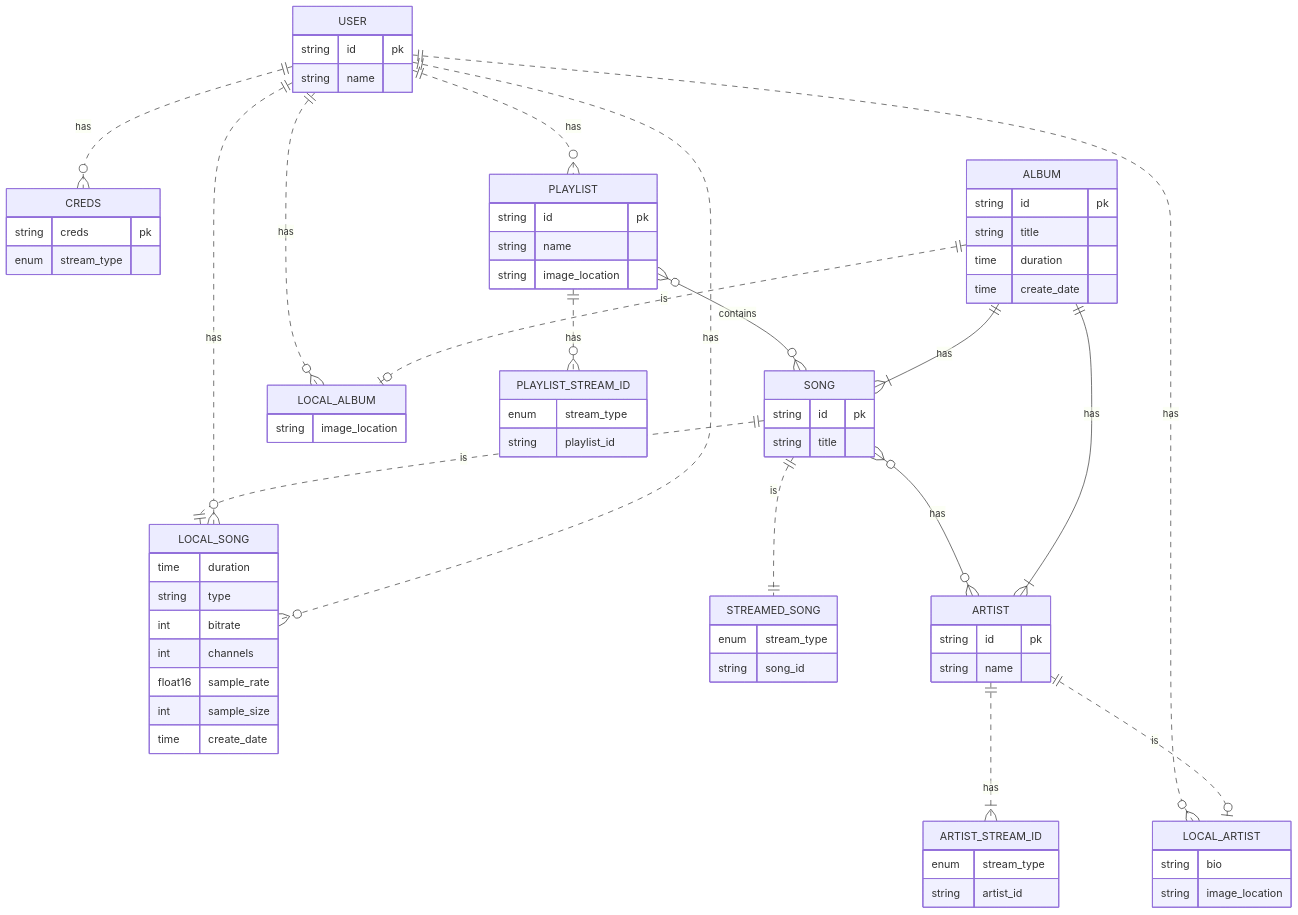
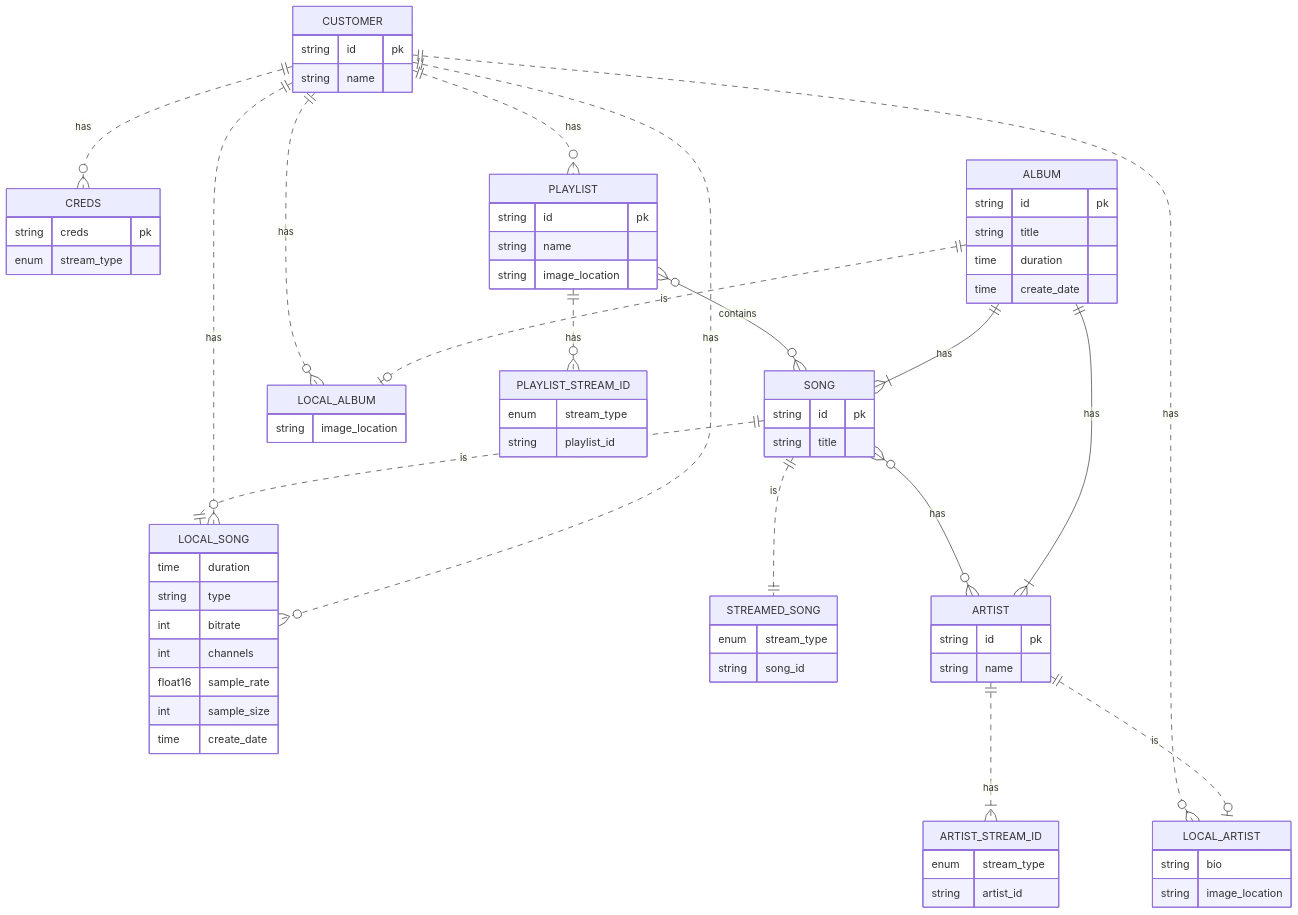
The second of 2 diagrams in backend/README.md (sabaruto/streaming-service-merger), drawn with Mermaid before and after one commit. The commit also changed other lines of this file and 56 other files, not shown here.

````diff
--- a/backend/README.md
+++ b/backend/README.md
@@ -20,6 +20,6 @@
 ```mermaid
 erDiagram
-    USER {
+    CUSTOMER {
         string id pk
         string name
     }
@@ -93,12 +93,12 @@
     SONG 1..1 STREAMED_SONG : is
     SONG 0+--0+ ARTIST : has
 
-    USER 1..0+ CREDS : has
-    USER 1..0+ PLAYLIST : has
-    USER 1..0+ LOCAL_SONG : has
-    USER 1..0+ LOCAL_ALBUM : has
-    USER 1..0+ LOCAL_SONG : has
-    USER 1..0+ LOCAL_ARTIST : has
+    CUSTOMER 1..0+ CREDS : has
+    CUSTOMER 1..0+ PLAYLIST : has
+    CUSTOMER 1..0+ LOCAL_SONG : has
+    CUSTOMER 1..0+ LOCAL_ALBUM : has
+    CUSTOMER 1..0+ LOCAL_SONG : has
+    CUSTOMER 1..0+ LOCAL_ARTIST : has
 
     ALBUM 1--1+ ARTIST : has
     ALBUM 1--1+ SONG : has
````
